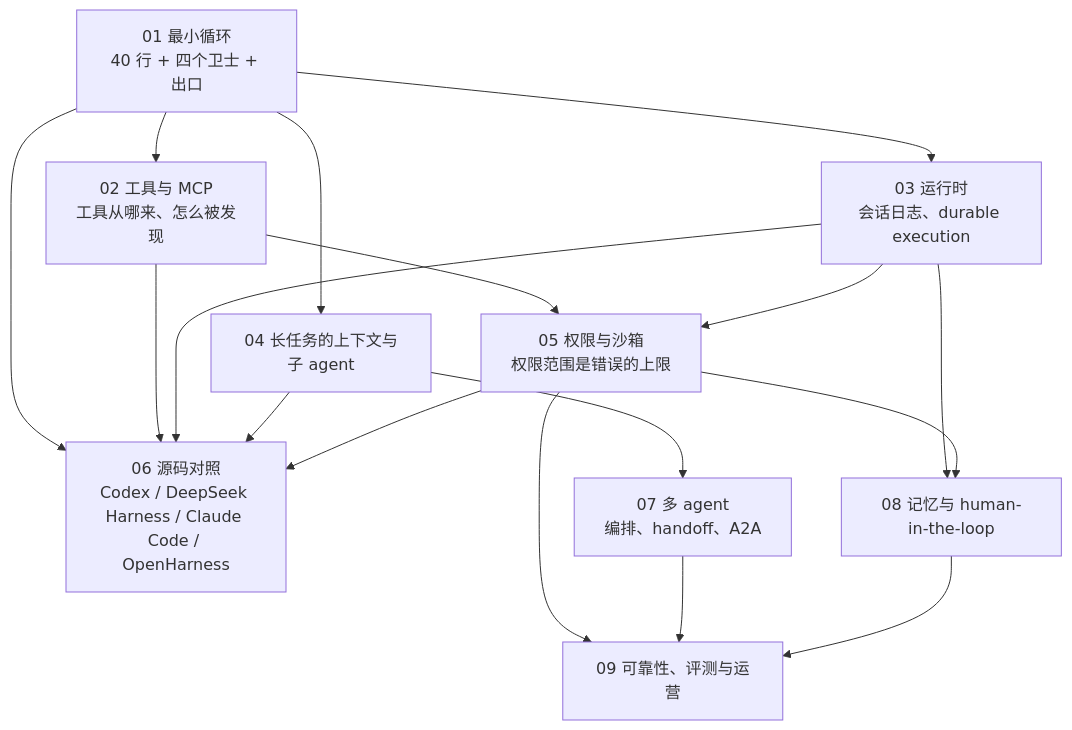
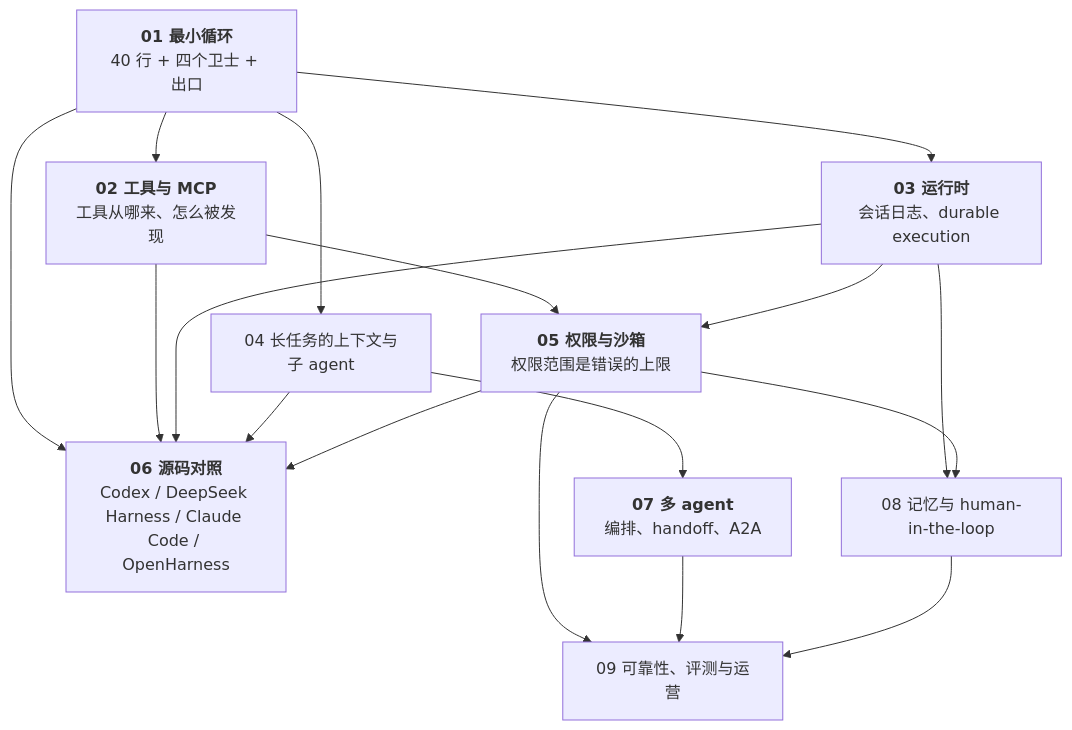
One commit to arganzheng/arganzheng.github.com changed the first of 4 diagrams in _posts/2026-10-29-agent-and-harness-series-recap-and-self-test.md. Above: the diagram before and after it, drawn with Mermaid. The commit also changed other lines of this file and 9 other files, not shown here.

First line of the commit message:
工具、Agent 与 harness：模型怎么从回答变成做事：Mermaid 多行方框的首行标为标题（10 篇）

````diff
--- a/_posts/2026-10-29-agent-and-harness-series-recap-and-self-test.md
+++ b/_posts/2026-10-29-agent-and-harness-series-recap-and-self-test.md
@@ -19,14 +19,14 @@
 ```mermaid
 %%{init: {"flowchart": {"wrappingWidth": 160}}}%%
 %% 图：Agent 与 harness 全景：循环之外的一切都是 harness
 flowchart TB
-    A1["01 最小循环<br/>40 行 + 四个卫士 + 出口"] --> A2["02 工具与 MCP<br/>工具从哪来、怎么被发现"]
-    A1 --> A3["03 运行时<br/>会话日志、durable execution"]
+    A1["<b>01 最小循环</b><br/>40 行 + 四个卫士 + 出口"] --> A2["<b>02 工具与 MCP</b><br/>工具从哪来、怎么被发现"]
+    A1 --> A3["<b>03 运行时</b><br/>会话日志、durable execution"]
     A1 --> A4["04 长任务的上下文与子 agent"]
-    A2 & A3 --> A5["05 权限与沙箱<br/>权限范围是错误的上限"]
-    A1 & A2 & A3 & A4 & A5 --> A6["06 源码对照<br/>Codex / DeepSeek Harness / Claude Code / OpenHarness"]
-    A4 --> A7["07 多 agent<br/>编排、handoff、A2A"]
+    A2 & A3 --> A5["<b>05 权限与沙箱</b><br/>权限范围是错误的上限"]
+    A1 & A2 & A3 & A4 & A5 --> A6["<b>06 源码对照</b><br/>Codex / DeepSeek Harness / Claude Code / OpenHarness"]
+    A4 --> A7["<b>07 多 agent</b><br/>编排、handoff、A2A"]
     A3 & A5 --> A8["08 记忆与 human-in-the-loop"]
     A5 & A7 & A8 --> A9["09 可靠性、评测与运营"]
 
 ```
````
